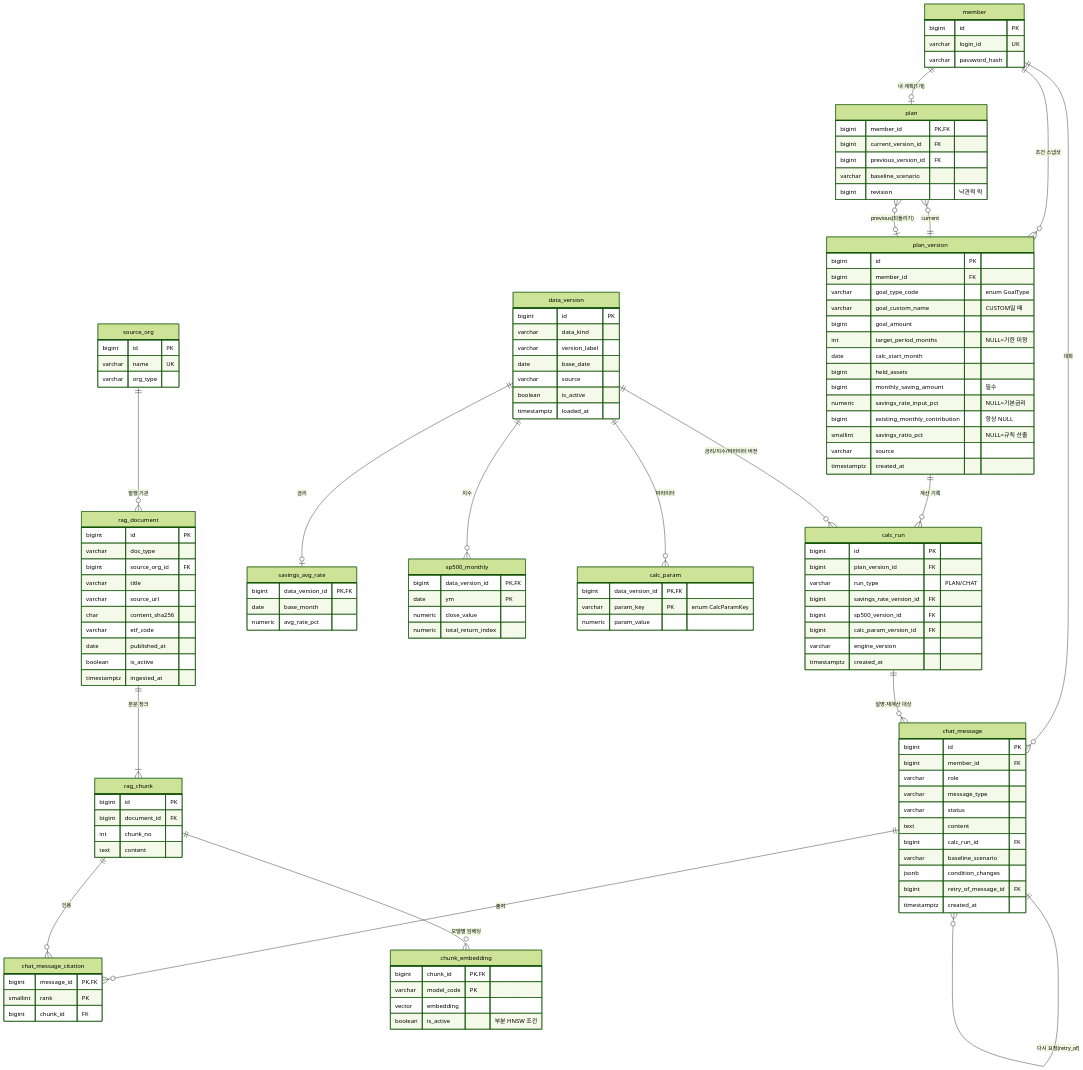
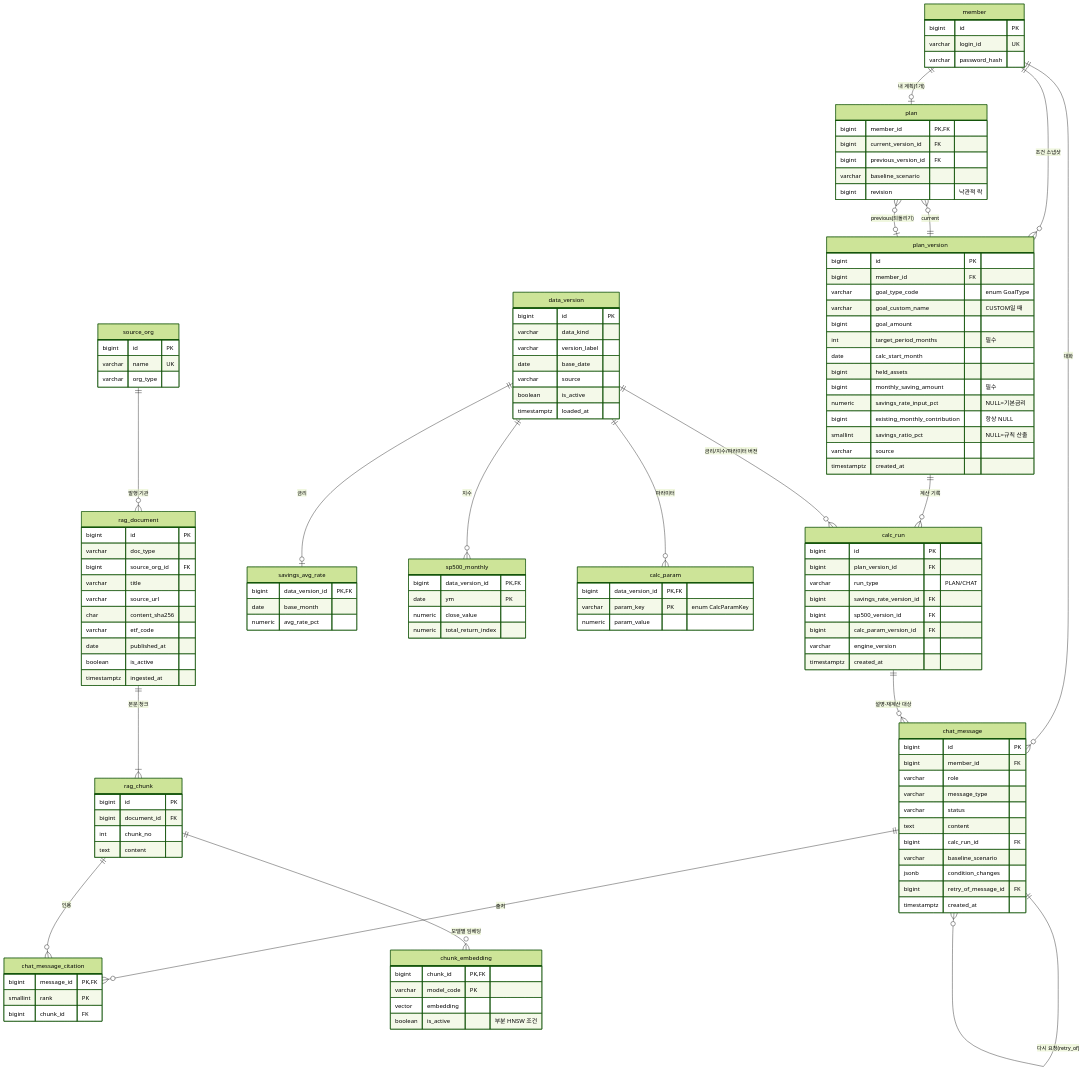
One commit to shinhan-career-next-team-4/moeun changed the diagram in db/erd.md. Above: the diagram before and after it, drawn with Mermaid (forest theme). The commit also changed other lines of this file and 4 other files, not shown here.

```diff
--- a/db/erd.md
+++ b/db/erd.md
@@ -57,7 +57,7 @@
         varchar goal_type_code "enum GoalType"
         varchar goal_custom_name "CUSTOM일 때"
         bigint goal_amount
-        int target_period_months "NULL=기한 미정"
+        int target_period_months "필수"
         date calc_start_month
         bigint held_assets
         bigint monthly_saving_amount "필수"
```
